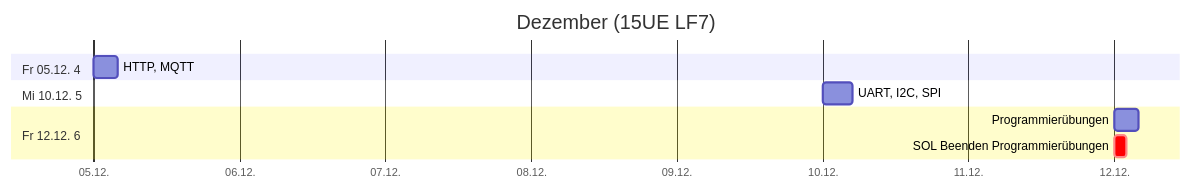
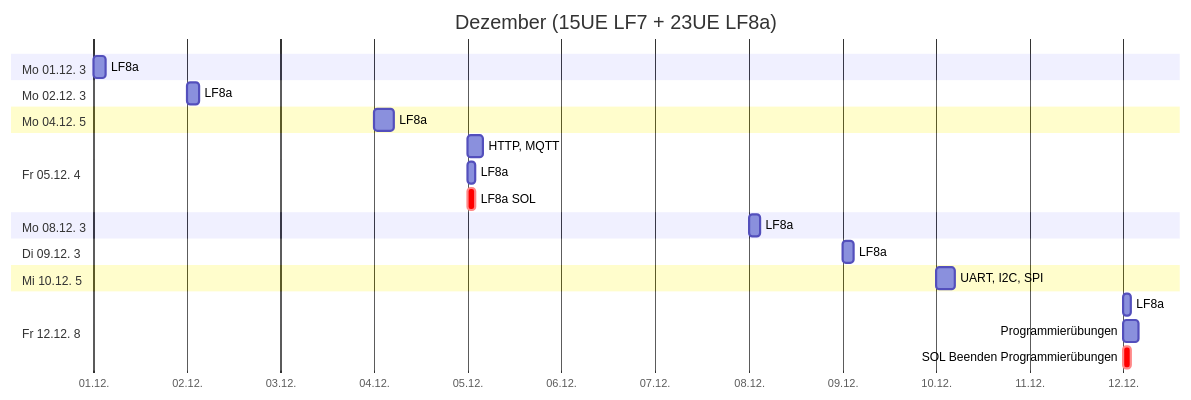
One commit to jonasnemeth/LF7 changed the third of 6 diagrams in src/plan.md. Above: the diagram before and after it, drawn with Mermaid. The commit also changed other lines of this file and 4 other files, not shown here.

````diff
--- a/src/plan.md
+++ b/src/plan.md
@@ -42,13 +47,26 @@
 ```mermaid
 gantt
- title Dezember (15UE LF7)
+ title Dezember (15UE LF7 + 23UE LF8a)
  dateFormat YYYY-MM-DD
  axisFormat %d.%m.
+ section Mo 01.12. 3
+  LF8a                        :2025-12-01, 3h
+ section Mo 02.12. 3
+  LF8a                        :2025-12-02, 3h
+ section Mo 04.12. 5
+  LF8a                        :2025-12-04, 5h
  section Fr 05.12. 4
   HTTP, MQTT                  :2025-12-05, 4h
+  LF8a                        :2025-12-05, 2h
+  LF8a SOL                    :crit, 2025-12-05, 2h
+ section Mo 08.12. 3
+  LF8a                        :2025-12-08, 3h
+ section Di 09.12. 3
+  LF8a                        :2025-12-09, 3h
  section Mi 10.12. 5
   UART, I2C, SPI              :2025-12-10, 5h
- section Fr 12.12. 6
+ section Fr 12.12. 8
+  LF8a                        :2025-12-12, 2h
   Programmierübungen          :2025-12-12, 4h
   SOL Beenden Programmierübungen  :crit, 2025-12-12, 2h
 ```
````
